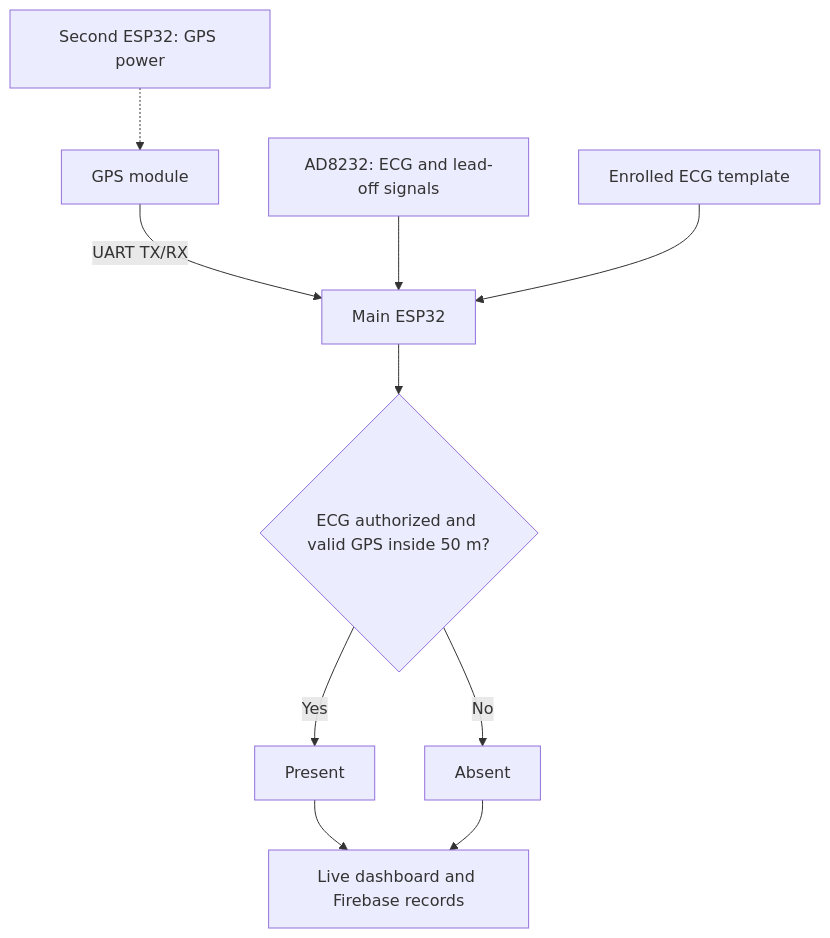
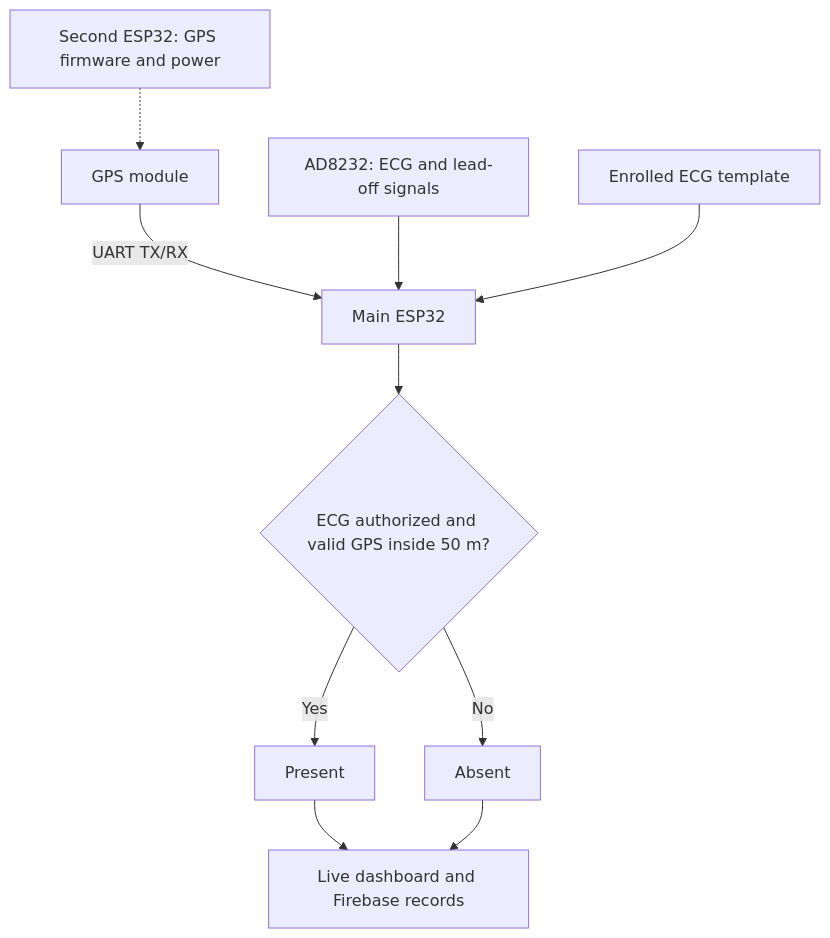
The diagram in README.md (SujalRevankar/Smart-Wearable-for-Secure-and-Automated-Attendance-Tracking), drawn with Mermaid before and after one commit. The commit also changed other lines of this file, not shown here.

````diff
--- a/README.md
+++ b/README.md
@@ -68,12 +67,12 @@
 ```mermaid
 flowchart TD
-    P["Second ESP32: GPS power"] -.-> G["GPS module"]
+    P["Second ESP32: GPS firmware and power"] -.-> G["GPS module"]
     G -->|"UART TX/RX"| M["Main ESP32"]
     E["AD8232: ECG and lead-off signals"] --> M
     T["Enrolled ECG template"] --> M
     M --> C{"ECG authorized and valid GPS inside 50 m?"}
     C -->|"Yes"| Y["Present"]
     C -->|"No"| N["Absent"]
     Y --> O["Live dashboard and Firebase records"]
     N --> O
 ```
````
